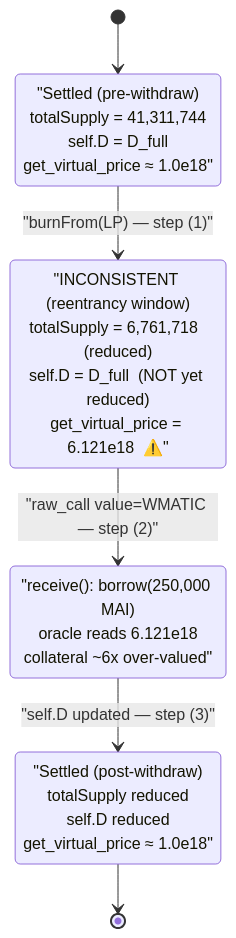
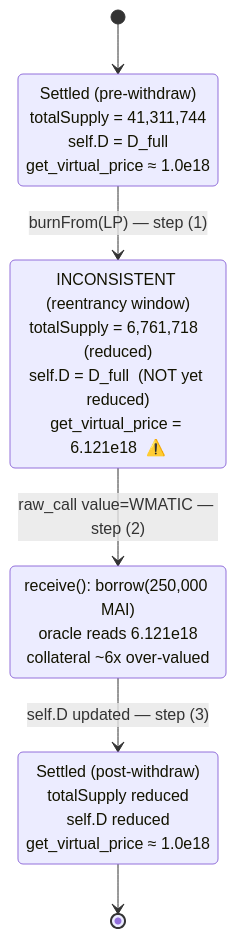
The second of 3 diagrams in 2022-10-Market_exp/Market_exp.md (sanbir/evm-hack-registry), drawn with Mermaid before and after one commit. The commit also changed 280 other files, not shown here.

Commit message:
mermaid fixes

````diff
--- a/2022-10-Market_exp/Market_exp.md
+++ b/2022-10-Market_exp/Market_exp.md
@@ -323,12 +323,12 @@
 ```mermaid
 stateDiagram-v2
     [*] --> Settled0
-    Settled0: "Settled (pre-withdraw)<br/>totalSupply = 41,311,744<br/>self.D = D_full<br/>get_virtual_price ≈ 1.0e18"
-    Settled0 --> Burned: "burnFrom(LP) — step (1)"
-    Burned: "INCONSISTENT (reentrancy window)<br/>totalSupply = 6,761,718  (reduced)<br/>self.D = D_full  (NOT yet reduced)<br/>get_virtual_price = 6.121e18  ⚠️"
-    Burned --> Reenter: "raw_call value=WMATIC — step (2)"
-    Reenter: "receive(): borrow(250,000 MAI)<br/>oracle reads 6.121e18<br/>collateral ~6x over-valued"
-    Reenter --> Settled1: "self.D updated — step (3)"
-    Settled1: "Settled (post-withdraw)<br/>totalSupply reduced<br/>self.D reduced<br/>get_virtual_price ≈ 1.0e18"
+    Settled0: Settled (pre-withdraw)<br/>totalSupply = 41,311,744<br/>self.D = D_full<br/>get_virtual_price ≈ 1.0e18
+    Settled0 --> Burned: burnFrom(LP) — step (1)
+    Burned: INCONSISTENT (reentrancy window)<br/>totalSupply = 6,761,718  (reduced)<br/>self.D = D_full  (NOT yet reduced)<br/>get_virtual_price = 6.121e18  ⚠️
+    Burned --> Reenter: raw_call value=WMATIC — step (2)
+    Reenter: receive()#58; borrow(250,000 MAI)<br/>oracle reads 6.121e18<br/>collateral ~6x over-valued
+    Reenter --> Settled1: self.D updated — step (3)
+    Settled1: Settled (post-withdraw)<br/>totalSupply reduced<br/>self.D reduced<br/>get_virtual_price ≈ 1.0e18
     Settled1 --> [*]
 ```
````
